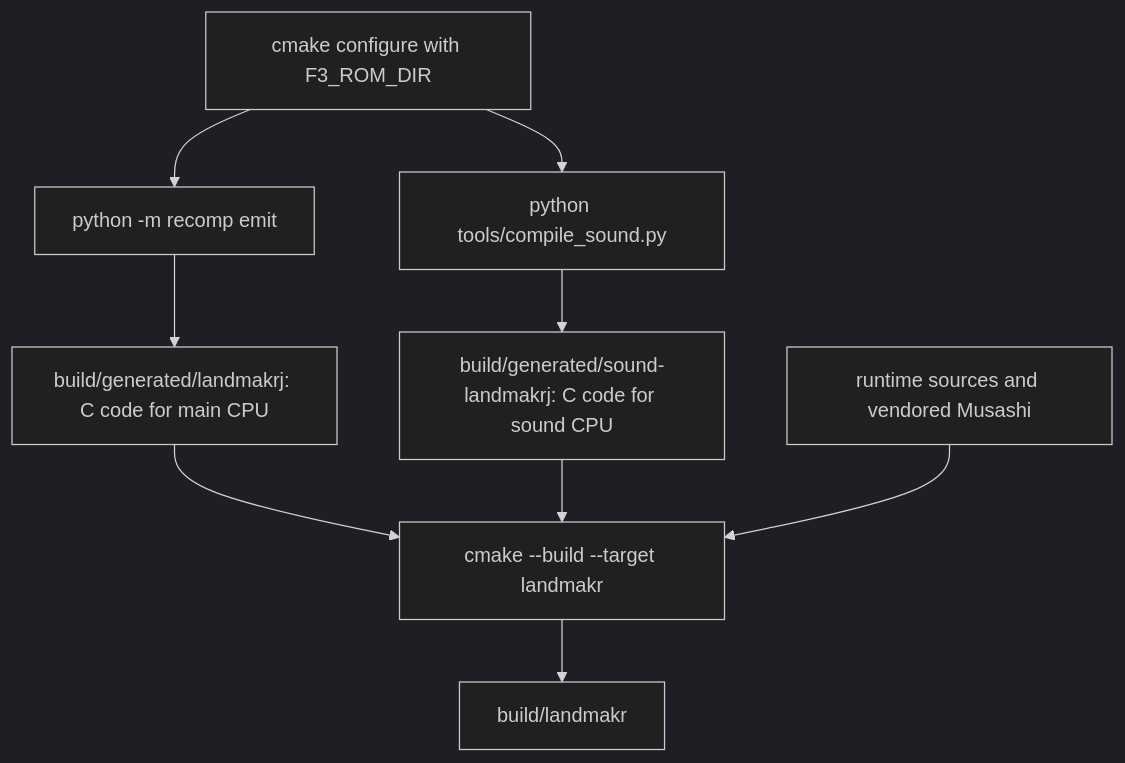
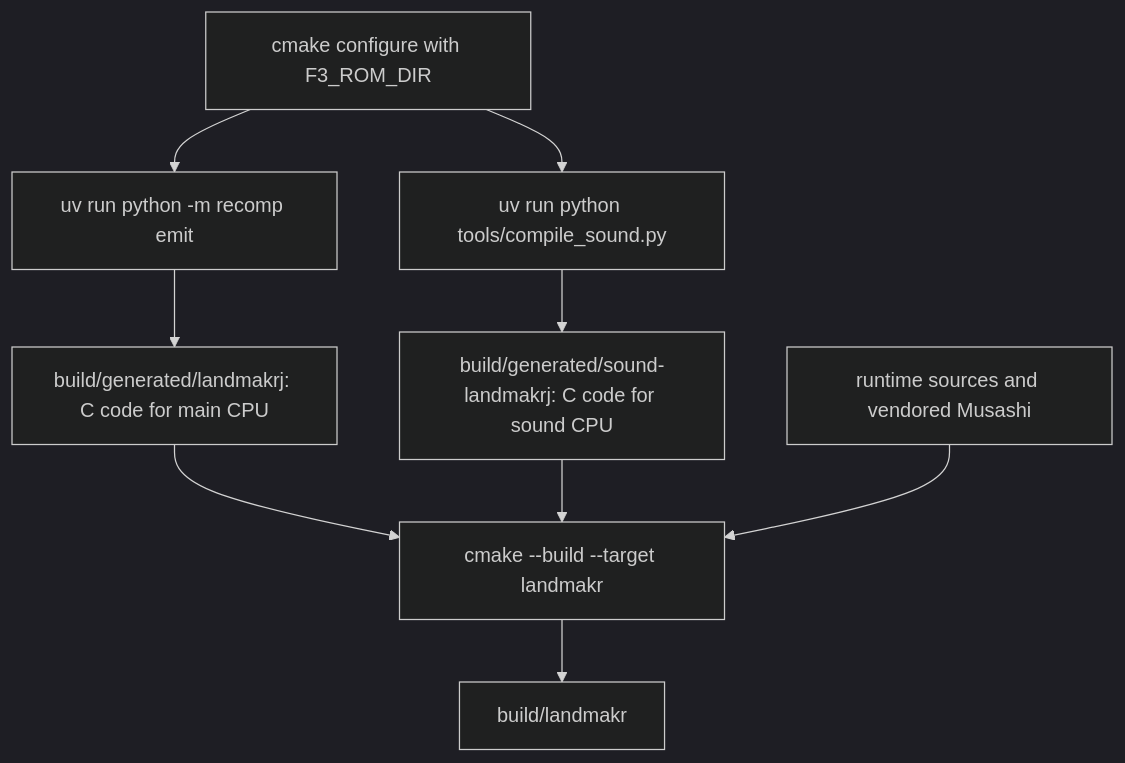
The diagram in docs/site/guide/getting-started.md (ansxor/f3-recomp), drawn with Mermaid (dark theme) before and after one commit. The commit also changed other lines of this file and 319 other files, not shown here.

````diff
--- a/docs/site/guide/getting-started.md
+++ b/docs/site/guide/getting-started.md
@@ -104,11 +102,11 @@
 ```mermaid
 flowchart TD
-    A["cmake configure with F3_ROM_DIR"] --> B["python -m recomp emit"]
-    A --> C["python tools/compile_sound.py"]
+    A["cmake configure with F3_ROM_DIR"] --> B["uv run python -m recomp emit"]
+    A --> C["uv run python tools/compile_sound.py"]
     B --> D["build/generated/landmakrj: C code for main CPU"]
     C --> E["build/generated/sound-landmakrj: C code for sound CPU"]
     D --> F["cmake --build --target landmakr"]
     E --> F
     G["runtime sources and vendored Musashi"] --> F
     F --> H["build/landmakr"]
 ```
````
